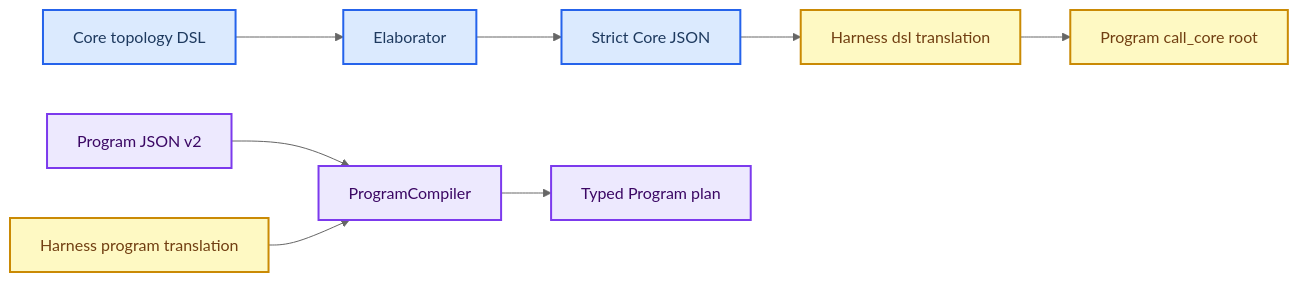
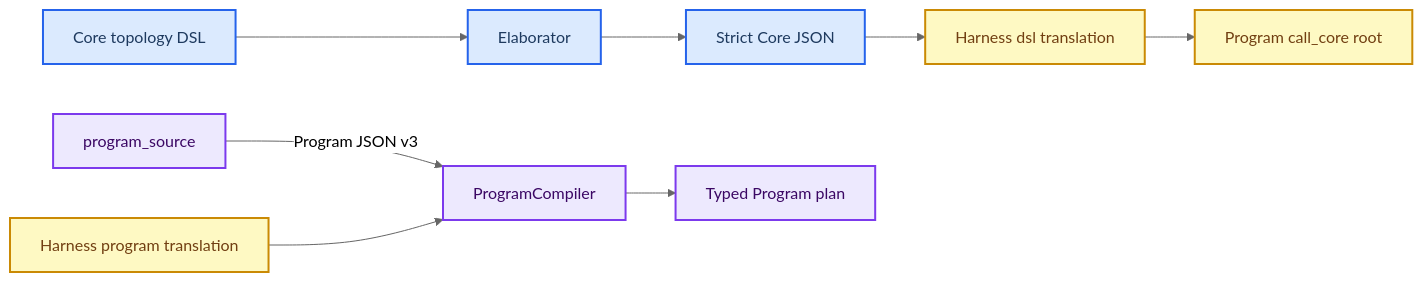
The diagram in docs/DSL_COMPOSITION_LIMITS.md (fox1245/NeoGraph), drawn with Mermaid (neutral theme) before and after one commit. The commit also changed other lines of this file and 16 other files, not shown here.

````diff
--- a/docs/DSL_COMPOSITION_LIMITS.md
+++ b/docs/DSL_COMPOSITION_LIMITS.md
@@ -22,21 +22,21 @@
 ```mermaid
 flowchart LR
     accTitle: DSL and Program boundary
     accDescr: The bounded Core DSL elaborates into strict topology JSON. Harness DSL wraps that topology in one call_core root, while Harness Program mode and direct Program JSON compile a separately admitted typed operation tree.
 
     core_dsl[Core topology DSL] --> elaborator[Elaborator]
     elaborator --> strict_core[Strict Core JSON]
     strict_core --> harness_dsl[Harness dsl translation]
     harness_dsl --> call_core_root[Program call_core root]
-    program_source[Program JSON v2] --> program_compiler[ProgramCompiler]
+    program_source[program_source] -->|Program JSON v3| program_compiler[ProgramCompiler]
     harness_program[Harness program translation] --> program_compiler
     program_compiler --> program_plan[Typed Program plan]
 
     classDef core_surface fill:#dbeafe,stroke:#2563eb,stroke-width:2px,color:#1e3a5f
     classDef program_surface fill:#ede9fe,stroke:#7c3aed,stroke-width:2px,color:#3b0764
     classDef bridge_surface fill:#fef9c3,stroke:#ca8a04,stroke-width:2px,color:#713f12
 
     class core_dsl,elaborator,strict_core core_surface
     class program_source,program_compiler,program_plan program_surface
     class harness_dsl,call_core_root,harness_program bridge_surface
 ```
````
